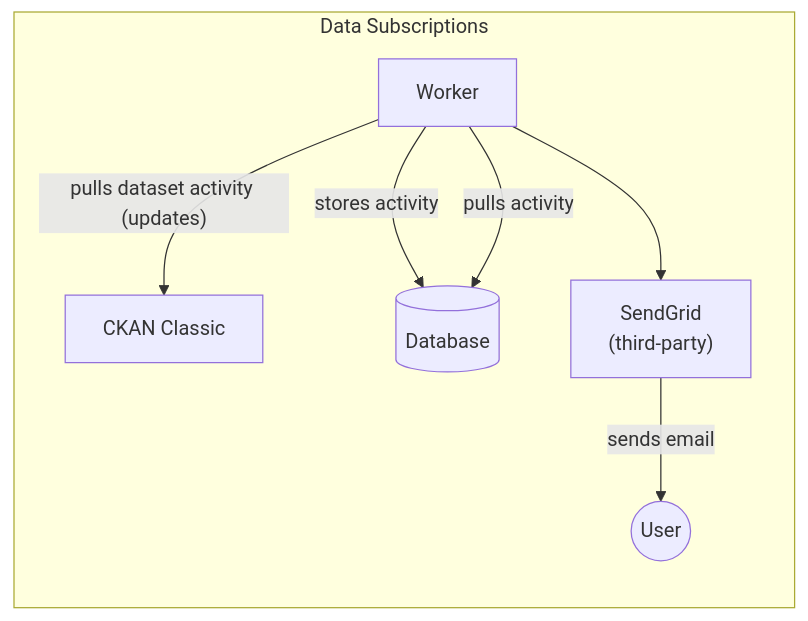
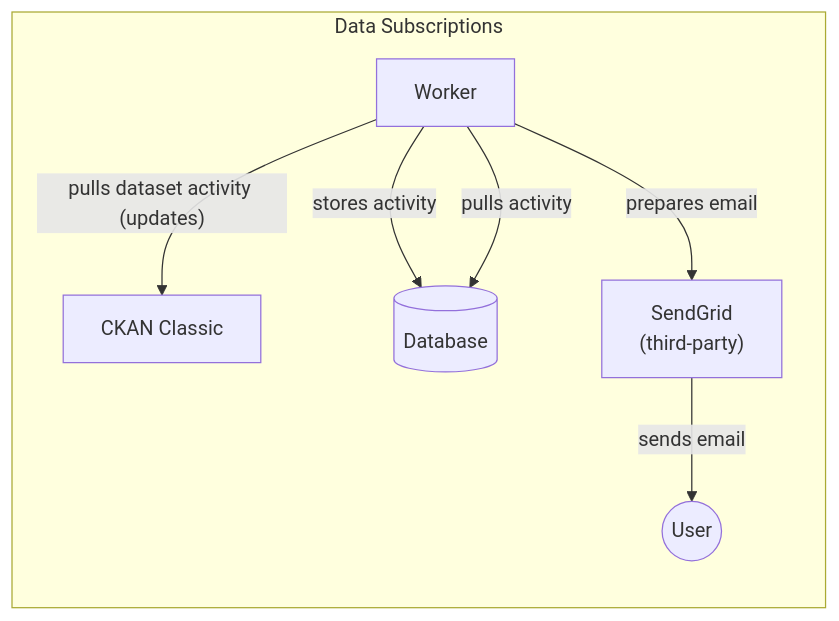
One commit to datopian/data-subscriptions changed the second of 2 diagrams in README.md. Above: the diagram before and after it, drawn with Mermaid.

Commit message:
Give name to relationship lacking a name

````diff
--- a/README.md
+++ b/README.md
@@ -18,10 +18,10 @@
 ```mermaid
 graph LR
   subgraph datasubscriptions["Data Subscriptions"]
     Worker -- "pulls dataset activity (updates)" --> ckanclassic["CKAN Classic"]
     Worker -- stores activity --> db[(Database)]
-    Worker --> sendgrid["SendGrid<br>(third-party)"]
-    Worker -- "pulls activity " --> db
-    sendgrid -- "sends email" --> user(("User"))
+    Worker -- prepares email --> sendgrid["SendGrid<br>(third-party)"]
+    Worker -- pulls activity --> db
+    sendgrid -- sends email --> user(("User"))
   end
 ```
````
